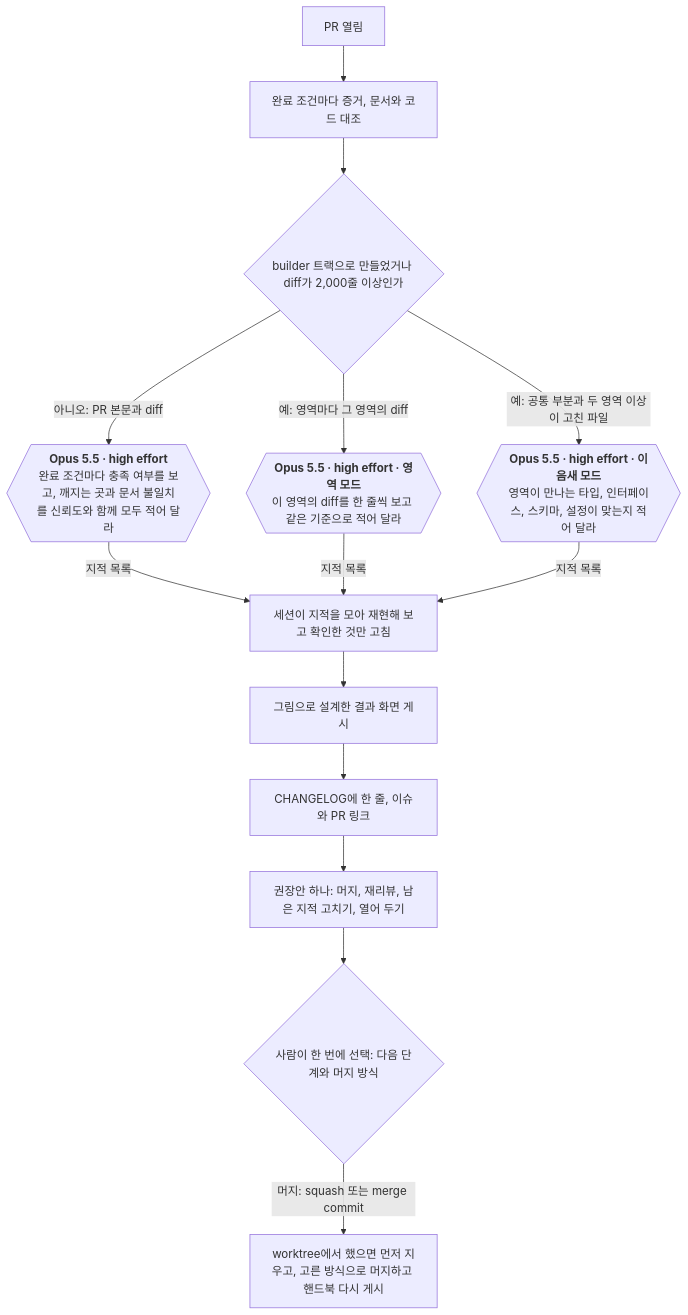
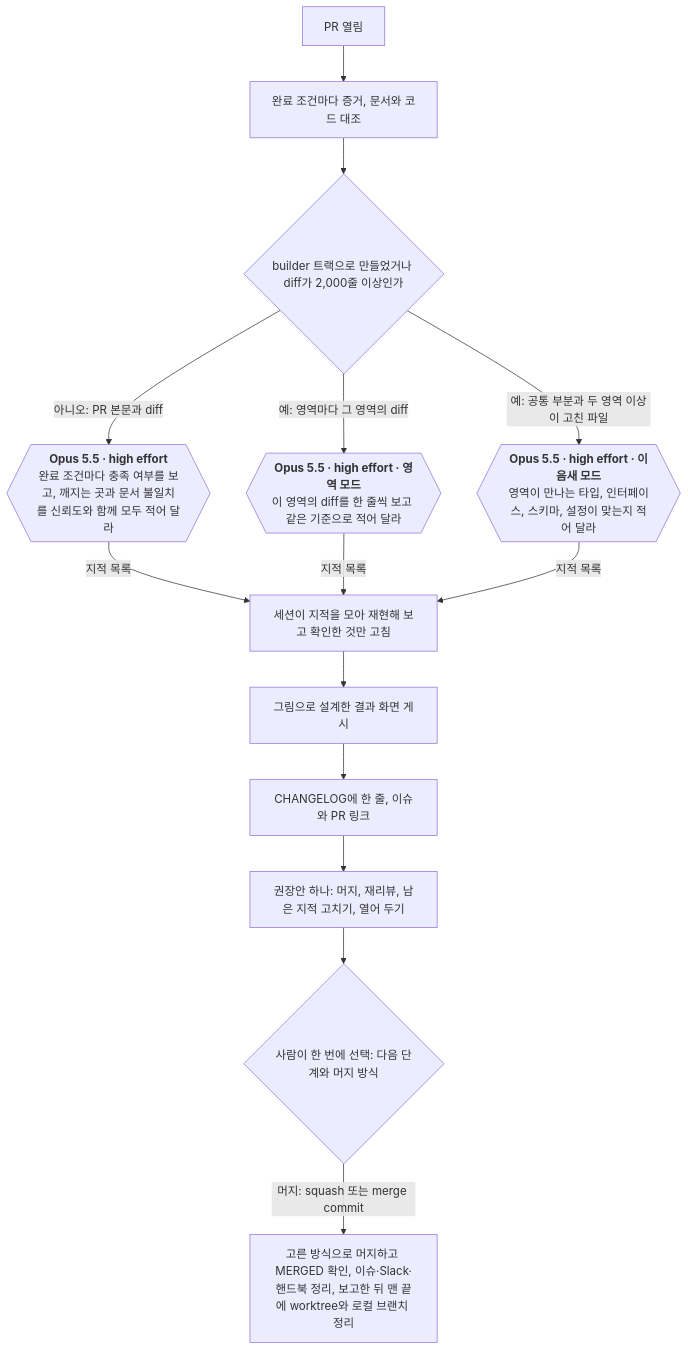
Before and after one commit to dincal/agent_logbook: the seventh of 9 diagrams in docs/system/flows.md, drawn with Mermaid. The commit also changed other lines of this file and 8 other files, not shown here.

````diff
--- a/docs/system/flows.md
+++ b/docs/system/flows.md
@@ -229,17 +230,17 @@
 ```mermaid
 flowchart TD
   PR["PR 열림"] --> EV["완료 조건마다 증거, 문서와 코드 대조"]
   EV --> SP{"builder 트랙으로 만들었거나 diff가 2,000줄 이상인가"}
   SP -->|"아니오: PR 본문과 diff"| RV{{"`**Opus 5.5 · high effort**
   완료 조건마다 충족 여부를 보고, 깨지는 곳과 문서 불일치를 신뢰도와 함께 모두 적어 달라`"}}
   SP -->|"예: 영역마다 그 영역의 diff"| RA{{"`**Opus 5.5 · high effort · 영역 모드**
   이 영역의 diff를 한 줄씩 보고 같은 기준으로 적어 달라`"}}
   SP -->|"예: 공통 부분과 두 영역 이상이 고친 파일"| RS{{"`**Opus 5.5 · high effort · 이음새 모드**
   영역이 만나는 타입, 인터페이스, 스키마, 설정이 맞는지 적어 달라`"}}
   RV & RA & RS -->|"지적 목록"| VF["세션이 지적을 모아 재현해 보고 확인한 것만 고침"]
   VF --> DB["그림으로 설계한 결과 화면 게시"]
   DB --> CL["CHANGELOG에 한 줄, 이슈와 PR 링크"]
   CL --> RC["권장안 하나: 머지, 재리뷰, 남은 지적 고치기, 열어 두기"]
   RC --> Q{"사람이 한 번에 선택: 다음 단계와 머지 방식"}
-  Q -->|"머지: squash 또는 merge commit"| HB["worktree에서 했으면 먼저 지우고, 고른 방식으로 머지하고 핸드북 다시 게시"]
+  Q -->|"머지: squash 또는 merge commit"| HB["고른 방식으로 머지하고 MERGED 확인, 이슈·Slack·핸드북 정리, 보고한 뒤 맨 끝에 worktree와 로컬 브랜치 정리"]
 ```
````
